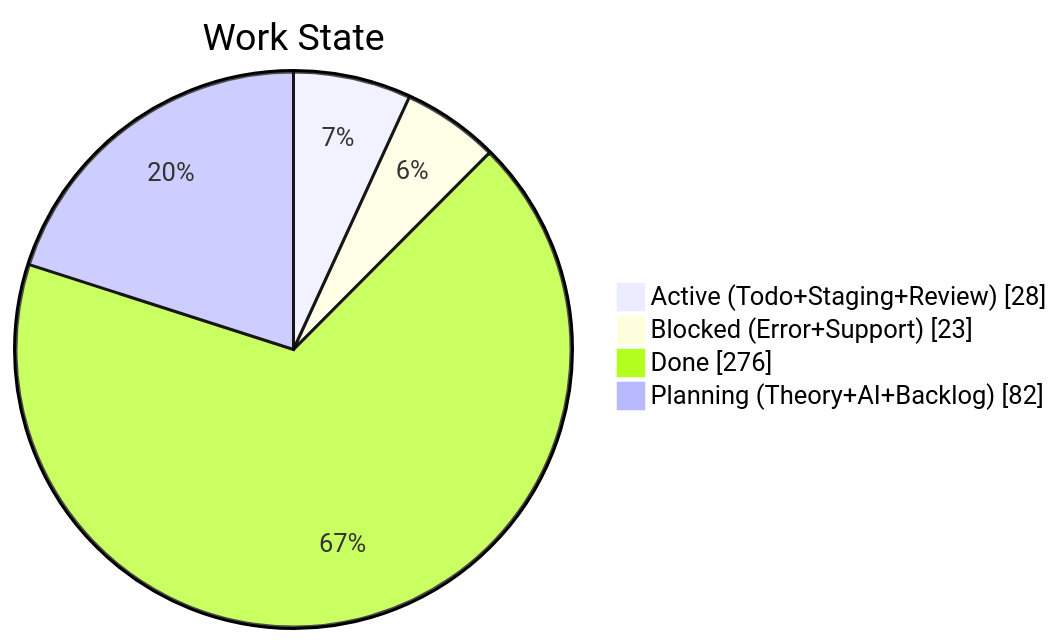
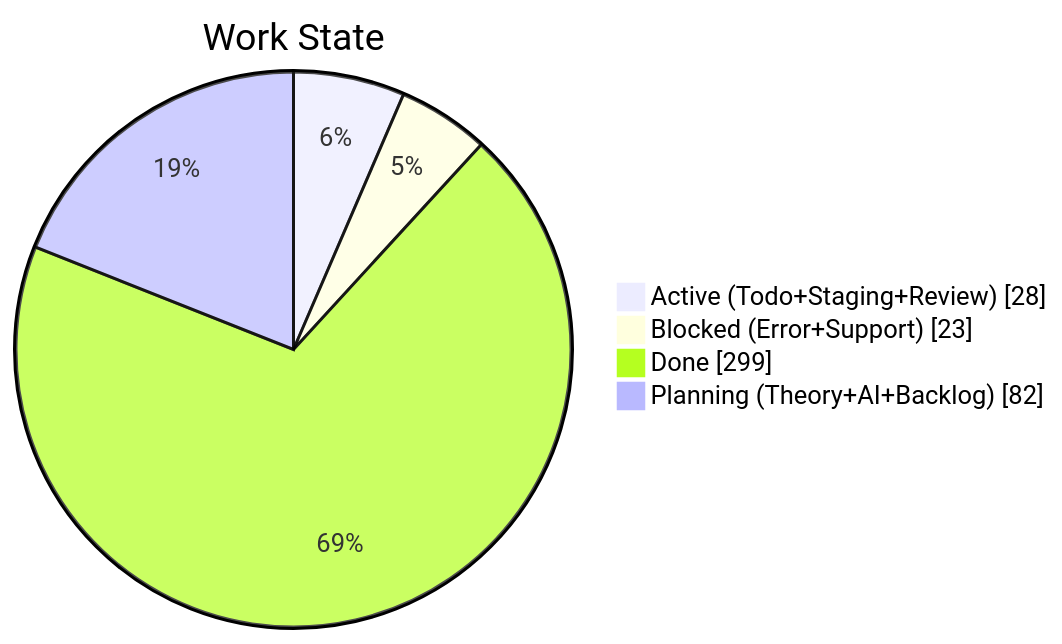
The second of 4 diagrams in apps/kbve/astro-kbve/src/content/docs/dashboard/kanban-data.mdx (KBVE/kbve), drawn with Mermaid before and after one commit. The commit also changed other lines of this file and 2 other files, not shown here.

````diff
--- a/apps/kbve/astro-kbve/src/content/docs/dashboard/kanban-data.mdx
+++ b/apps/kbve/astro-kbve/src/content/docs/dashboard/kanban-data.mdx
@@ -204,8 +204,8 @@
 ```mermaid
 pie showData
     title Work State
     "Active (Todo+Staging+Review)" : 28
     "Blocked (Error+Support)" : 23
-    "Done" : 276
+    "Done" : 299
     "Planning (Theory+AI+Backlog)" : 82
 ```
````
